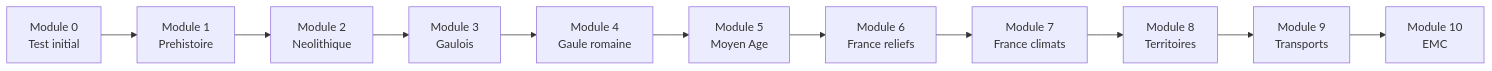
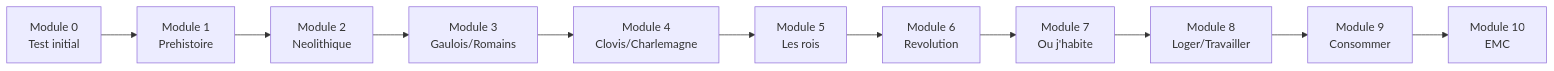
The diagram in docs/grade-4/history-geo/training/index.md (VBlackJack/SchoolBook), drawn with Mermaid before and after one commit. The commit also changed other lines of this file and 13 other files, not shown here.

````diff
--- a/docs/grade-4/history-geo/training/index.md
+++ b/docs/grade-4/history-geo/training/index.md
@@ -9,13 +27,13 @@
 ```mermaid
 flowchart LR
     M0[Module 0<br>Test initial] --> M1[Module 1<br>Prehistoire]
     M1 --> M2[Module 2<br>Neolithique]
-    M2 --> M3[Module 3<br>Gaulois]
-    M3 --> M4[Module 4<br>Gaule romaine]
-    M4 --> M5[Module 5<br>Moyen Age]
-    M5 --> M6[Module 6<br>France reliefs]
-    M6 --> M7[Module 7<br>France climats]
-    M7 --> M8[Module 8<br>Territoires]
-    M8 --> M9[Module 9<br>Transports]
+    M2 --> M3[Module 3<br>Gaulois/Romains]
+    M3 --> M4[Module 4<br>Clovis/Charlemagne]
+    M4 --> M5[Module 5<br>Les rois]
+    M5 --> M6[Module 6<br>Revolution]
+    M6 --> M7[Module 7<br>Ou j'habite]
+    M7 --> M8[Module 8<br>Loger/Travailler]
+    M8 --> M9[Module 9<br>Consommer]
     M9 --> M10[Module 10<br>EMC]
 ```
````
